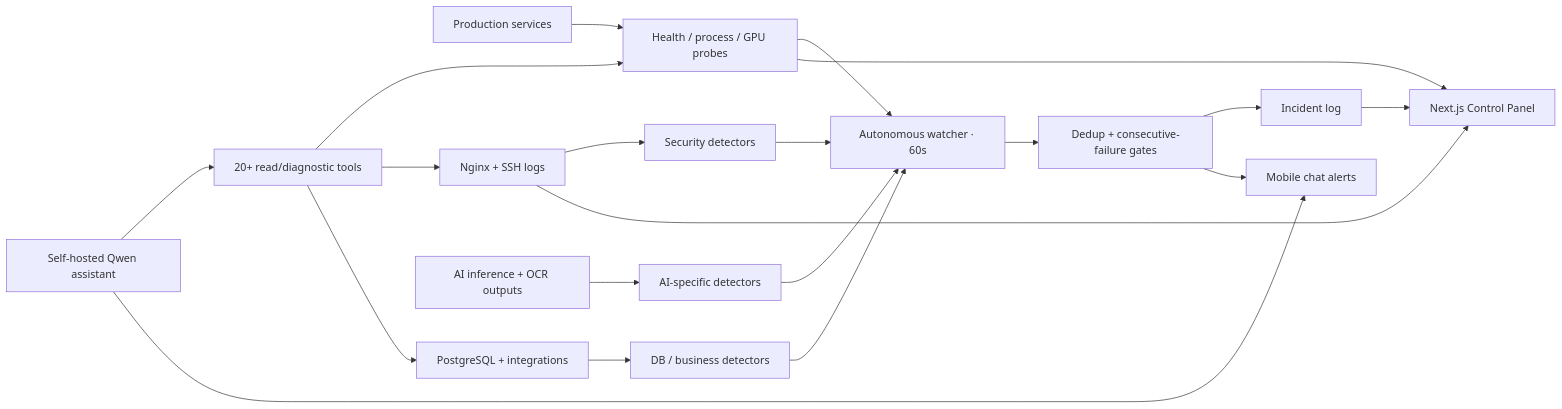
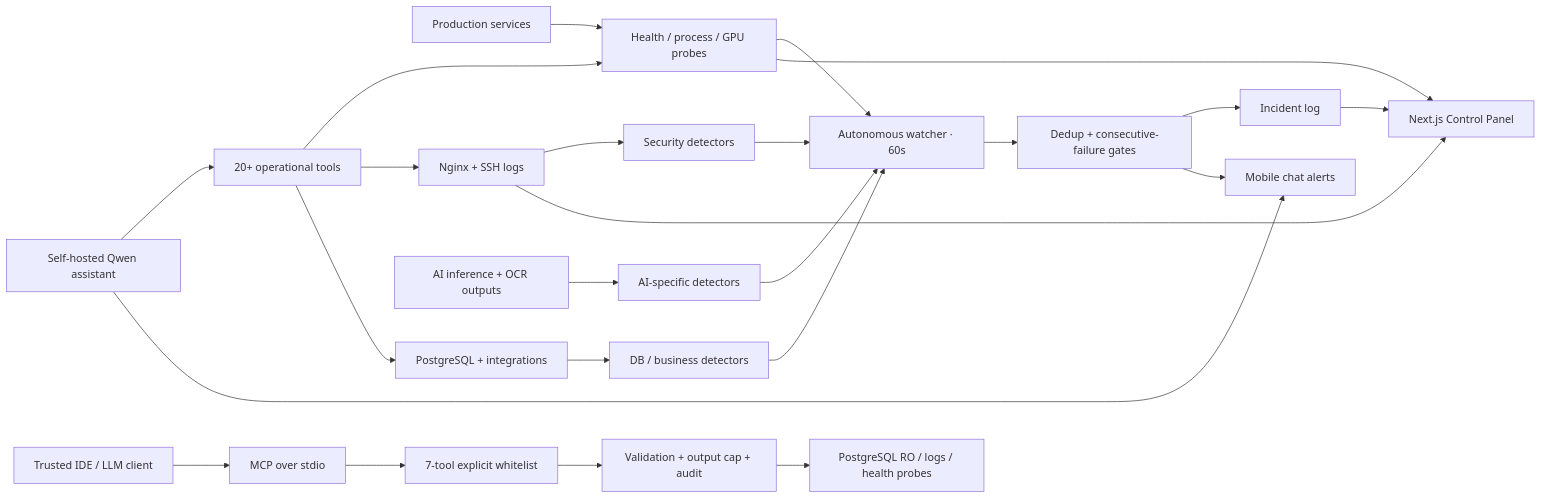
The diagram in projects/infra-monitoring-agent.md (swd07/ai-platform-portfolio), drawn with Mermaid before and after one commit. The commit also changed other lines of this file, not shown here.

Commit message:
docs: add secure MCP access layer to AI infrastructure case

````diff
--- a/projects/infra-monitoring-agent.md
+++ b/projects/infra-monitoring-agent.md
@@ -112,26 +190,31 @@
 ```mermaid
 flowchart LR
     A[Production services] --> B[Health / process / GPU probes]
     C[Nginx + SSH logs] --> D[Security detectors]
     E[PostgreSQL + integrations] --> F[DB / business detectors]
     G[AI inference + OCR outputs] --> H[AI-specific detectors]
 
     B --> I[Autonomous watcher · 60s]
     D --> I
     F --> I
     H --> I
 
     I --> J[Dedup + consecutive-failure gates]
     J --> K[Incident log]
     J --> L[Mobile chat alerts]
 
     K --> M[Next.js Control Panel]
     B --> M
     C --> M
 
-    N[Self-hosted Qwen assistant] --> O[20+ read/diagnostic tools]
+    N[Self-hosted Qwen assistant] --> O[20+ operational tools]
     O --> B
     O --> C
     O --> E
     N --> L
+
+    P[Trusted IDE / LLM client] --> Q[MCP over stdio]
+    Q --> R[7-tool explicit whitelist]
+    R --> S[Validation + output cap + audit]
+    S --> T[PostgreSQL RO / logs / health probes]
 ```
````
